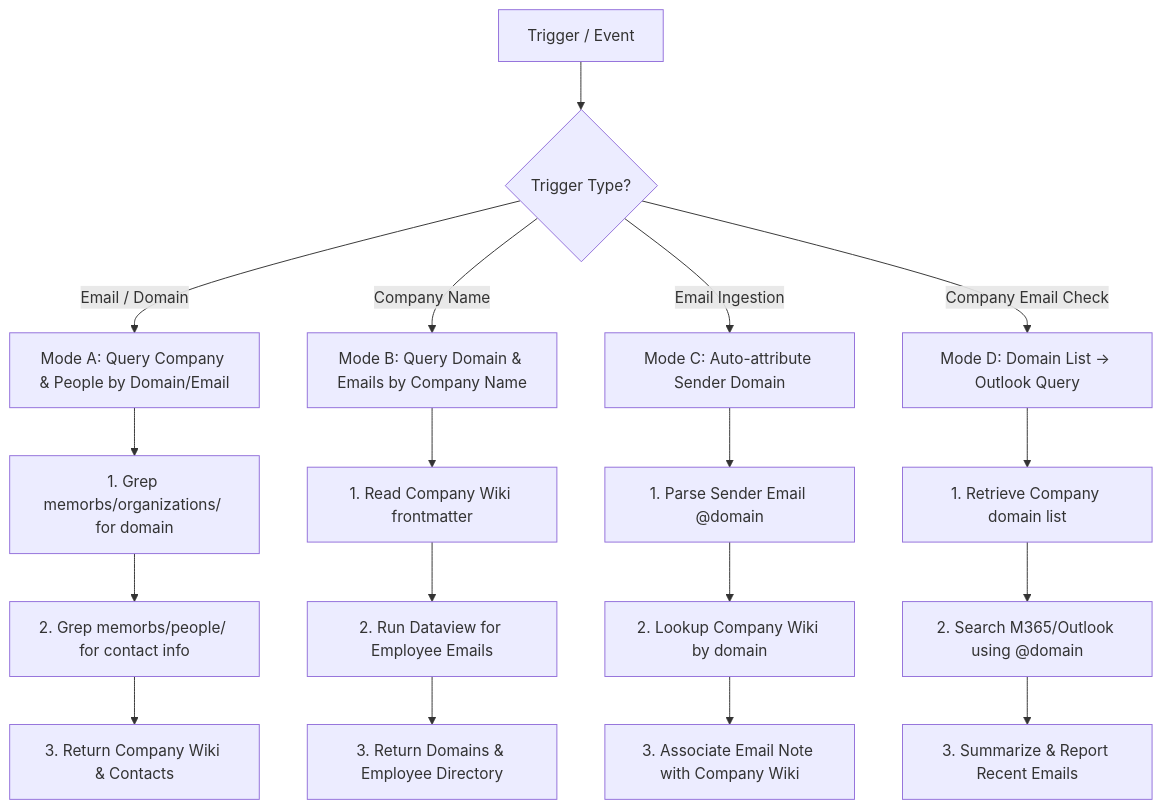
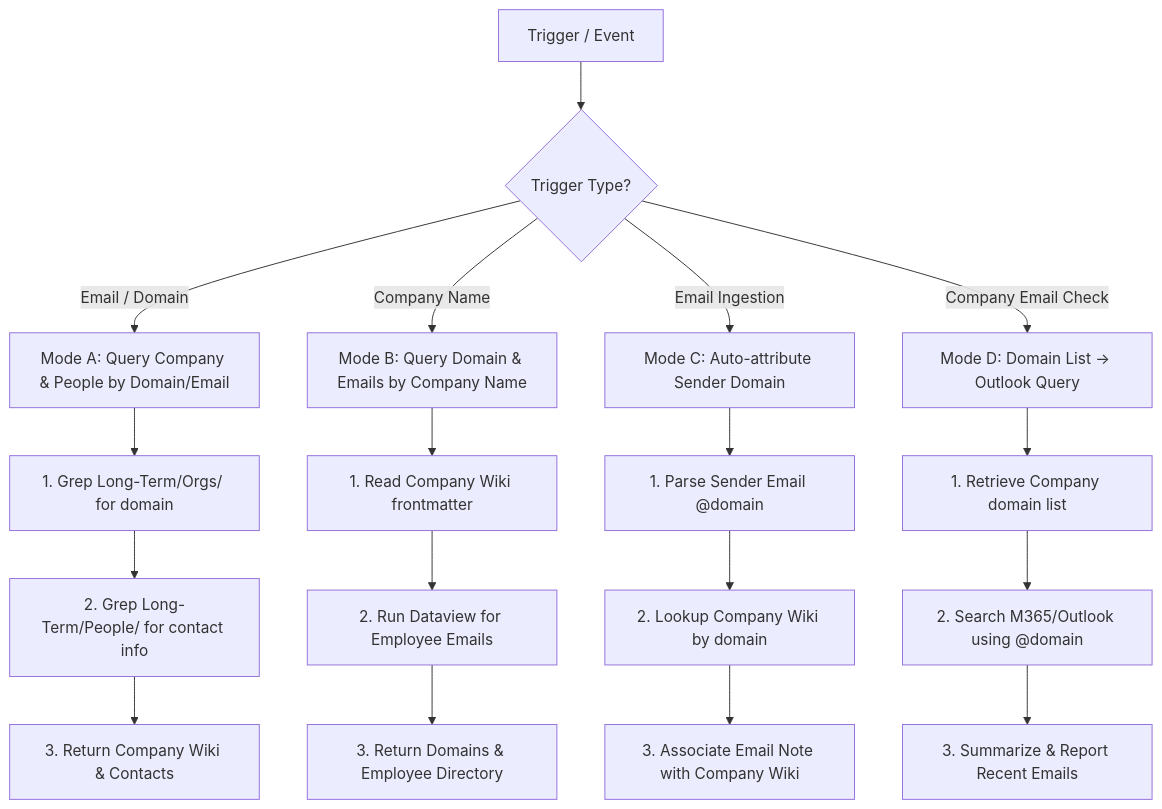
One commit to iamjosuho/memOrb changed the diagram in skills/extensions/memorb-domain-query/SKILL.md. Above: the diagram before and after it, drawn with Mermaid. The commit also changed other lines of this file and 20 other files, not shown here.

````diff
--- a/skills/extensions/memorb-domain-query/SKILL.md
+++ b/skills/extensions/memorb-domain-query/SKILL.md
@@ -29,24 +29,24 @@
 ```mermaid
 flowchart TD
     StartInput[Trigger / Event] --> CheckType{Trigger Type?}
     CheckType -- Email / Domain --> ModeA[Mode A: Query Company & People by Domain/Email]
     CheckType -- Company Name --> ModeB[Mode B: Query Domain & Emails by Company Name]
     CheckType -- Email Ingestion --> ModeC[Mode C: Auto-attribute Sender Domain]
     CheckType -- Company Email Check --> ModeD[Mode D: Domain List → Outlook Query]
     
-    ModeA --> QueryOrgByDomain[1. Grep memorbs/organizations/ for domain]
-    QueryOrgByDomain --> QueryPeopleByEmail[2. Grep memorbs/people/ for contact info]
+    ModeA --> QueryOrgByDomain[1. Grep Long-Term/Orgs/ for domain]
+    QueryOrgByDomain --> QueryPeopleByEmail[2. Grep Long-Term/People/ for contact info]
     QueryPeopleByEmail --> CombineA[3. Return Company Wiki & Contacts]
 
     ModeB --> FindCompanyWiki[1. Read Company Wiki frontmatter]
     FindCompanyWiki --> ListPeopleEmail[2. Run Dataview for Employee Emails]
     ListPeopleEmail --> CombineB[3. Return Domains & Employee Directory]
 
     ModeC --> ExtractSenderDomain[1. Parse Sender Email @domain]
     ExtractSenderDomain --> MatchCompany[2. Lookup Company Wiki by domain]
     MatchCompany --> TagNote[3. Associate Email Note with Company Wiki]
 
     ModeD --> LookupCompanyDomain[1. Retrieve Company domain list]
     LookupCompanyDomain --> QueryOutlook[2. Search M365/Outlook using @domain]
     QueryOutlook --> SummarizeEmails[3. Summarize & Report Recent Emails]
 ```
````
